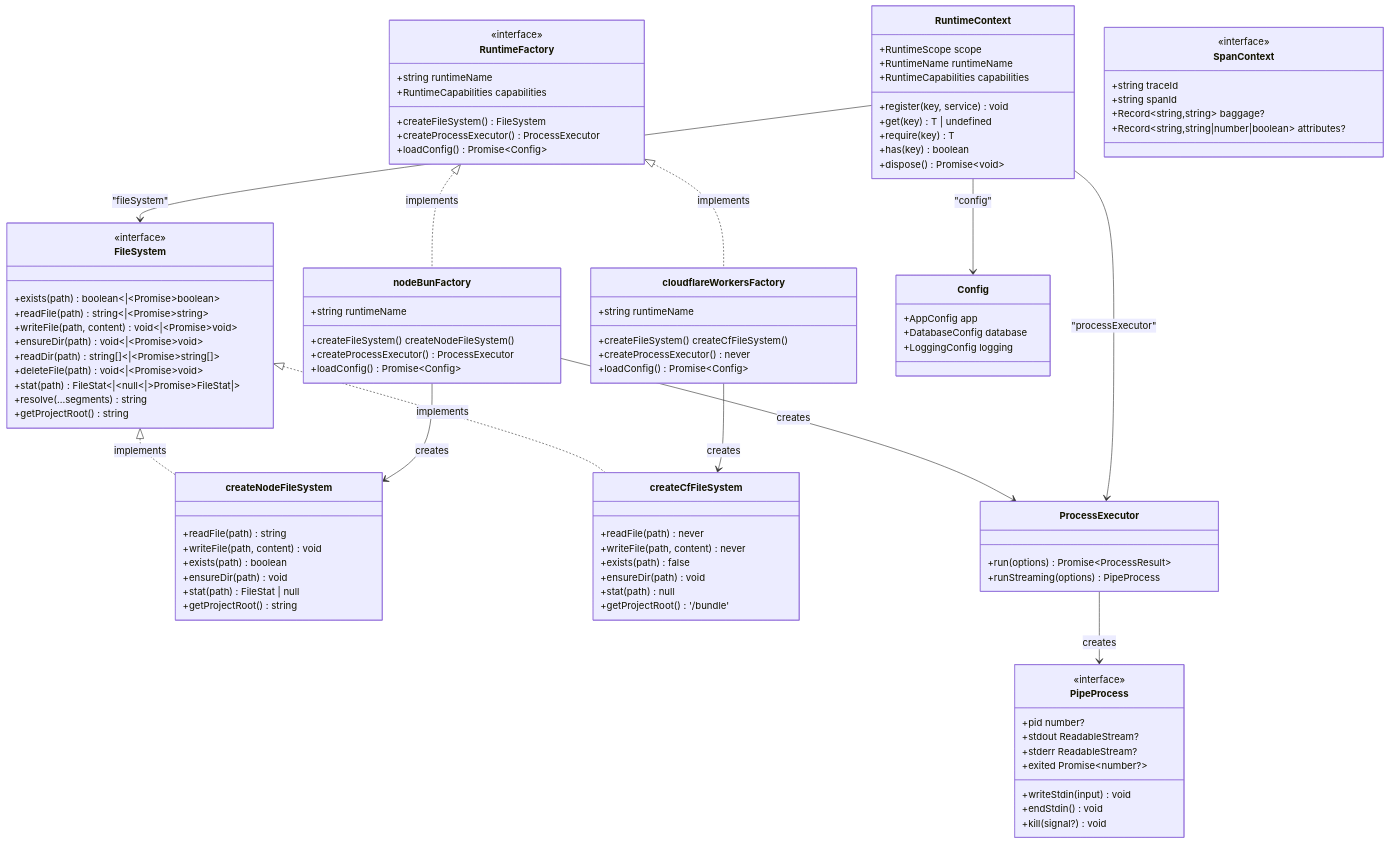
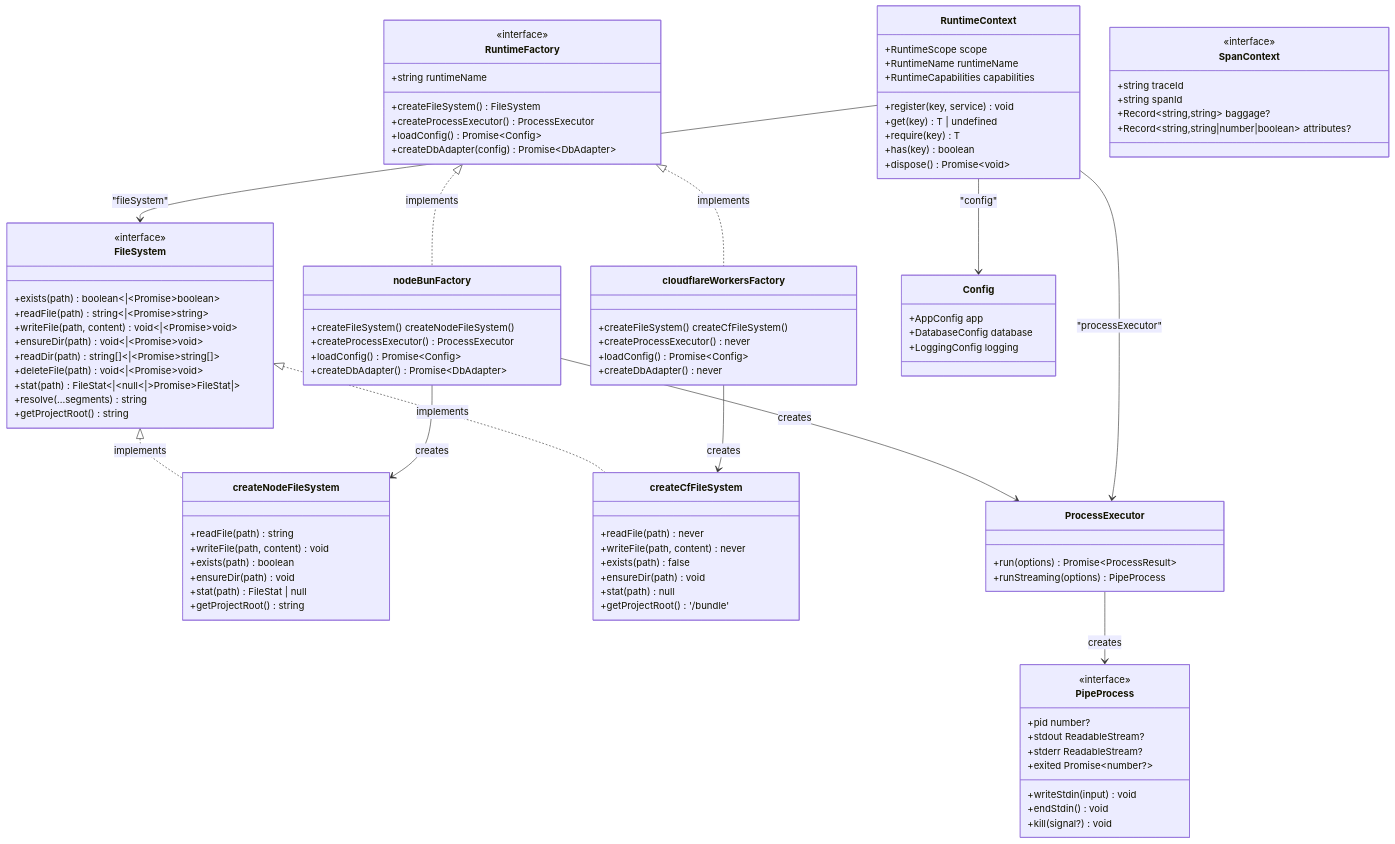
The diagram in packages/runtime/README.md (gobing-ai/ts-libs), drawn with Mermaid before and after one commit. The commit also changed other lines of this file and 14 other files, not shown here.

First line of the commit message:
feat(ts-runtime): add createDbAdapter factory method + hasSqlDatabase capability

```diff
--- a/packages/runtime/README.md
+++ b/packages/runtime/README.md
@@ -31,24 +32,24 @@
     class RuntimeFactory {
         <<interface>>
         +string runtimeName
-        +RuntimeCapabilities capabilities
         +createFileSystem() FileSystem
         +createProcessExecutor() ProcessExecutor
         +loadConfig() Promise~Config~
+        +createDbAdapter(config) Promise~DbAdapter~
     }
 
     class nodeBunFactory {
-        +string runtimeName
         +createFileSystem() createNodeFileSystem()
         +createProcessExecutor() ProcessExecutor
         +loadConfig() Promise~Config~
+        +createDbAdapter() Promise~DbAdapter~
     }
 
     class cloudflareWorkersFactory {
-        +string runtimeName
         +createFileSystem() createCfFileSystem()
         +createProcessExecutor() never
         +loadConfig() Promise~Config~
+        +createDbAdapter() never
     }
 
     class FileSystem {
```
